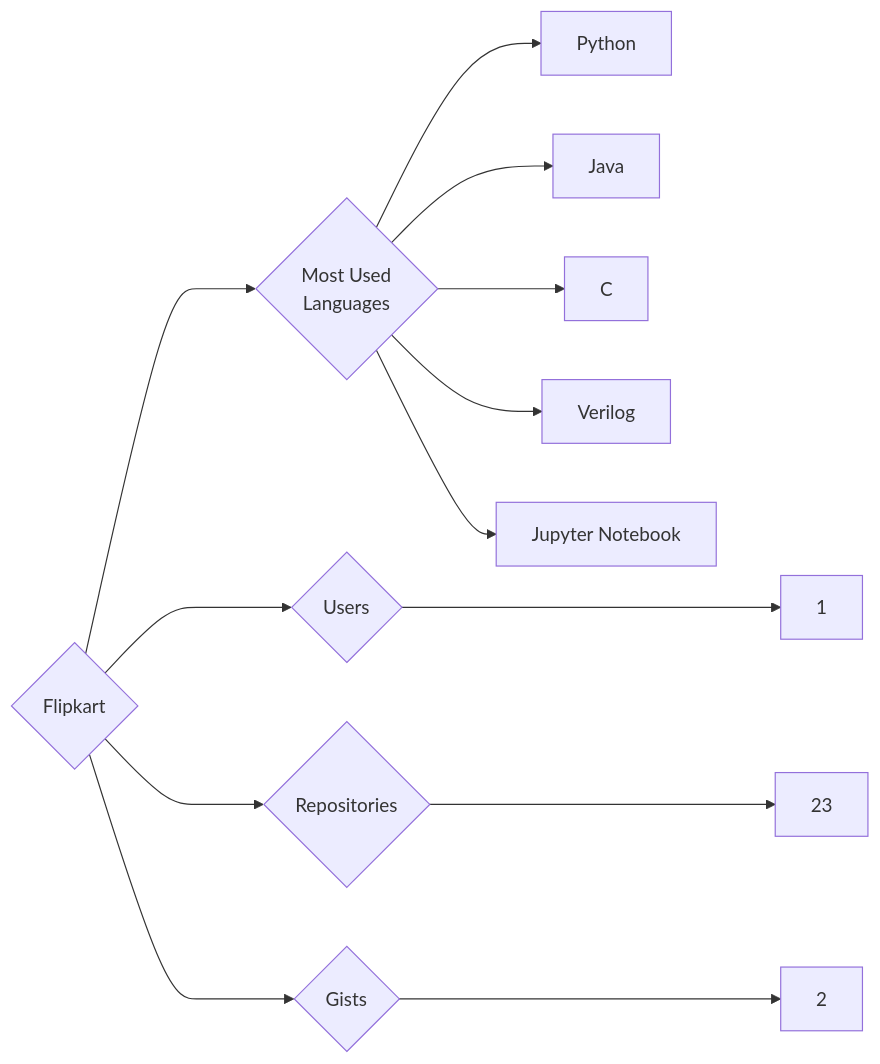
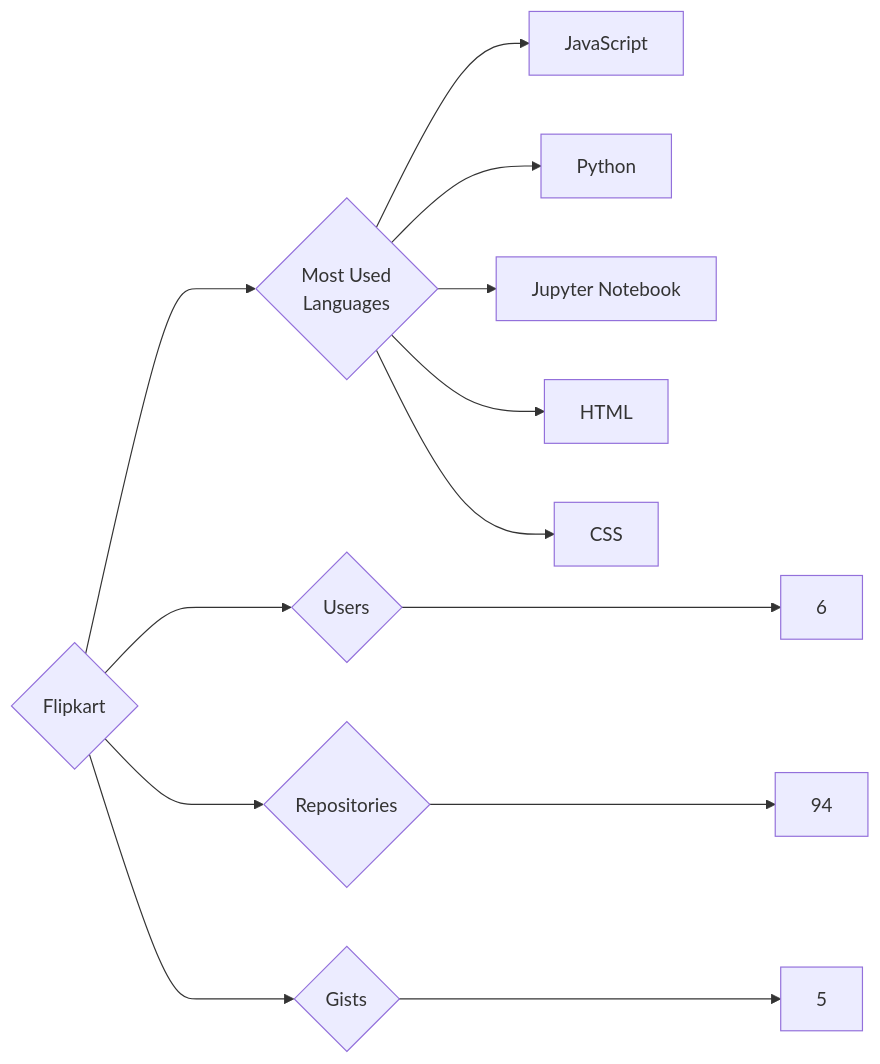
Before and after one commit to trickest/insiders: the diagram in targets/Flipkart/README.md, drawn with Mermaid. The commit also changed 1036 other files, not shown here.

````diff
--- a/targets/Flipkart/README.md
+++ b/targets/Flipkart/README.md
@@ -3,13 +3,13 @@
 ```mermaid
 graph LR
 COMPANY_NAME{Flipkart}
-COMPANY_NAME ---> U{Users} ---> UN[1]
-COMPANY_NAME ---> R{Repositories} ---> RN[23]
-COMPANY_NAME ---> G{Gists} ---> GN[2]
+COMPANY_NAME ---> U{Users} ---> UN[6]
+COMPANY_NAME ---> R{Repositories} ---> RN[94]
+COMPANY_NAME ---> G{Gists} ---> GN[5]
 COMPANY_NAME ---> ML{Most Used<br>Languages}
+ML --> JavaScript[JavaScript]
 ML --> Python[Python]
-ML --> Java[Java]
-ML --> C[C]
-ML --> Verilog[Verilog]
 ML --> Jupyter_Notebook[Jupyter Notebook]
+ML --> HTML[HTML]
+ML --> CSS[CSS]
 ```
````
